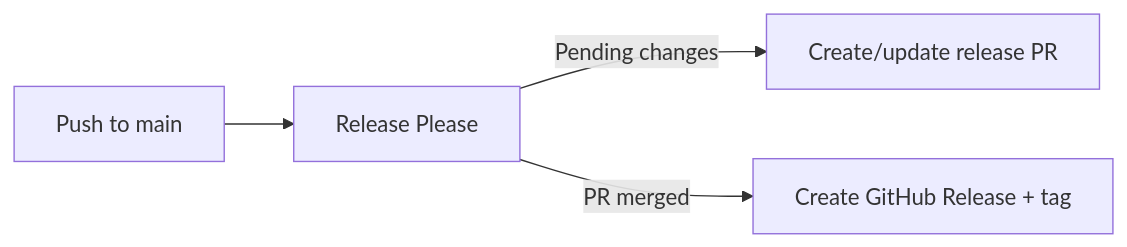
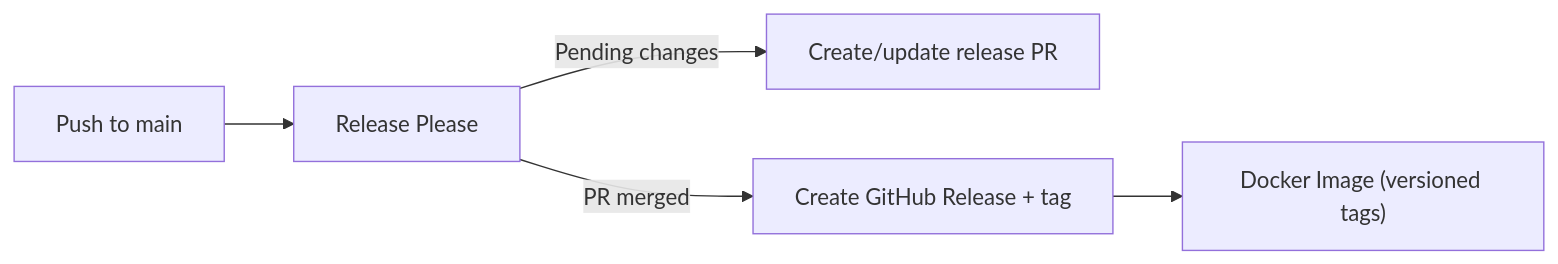
One commit to Kurrawong/prez-lite changed the fifth of 12 diagrams in docs/5-technical/ci-cd-workflows.md. Above: the diagram before and after it, drawn with Mermaid. The commit also changed other lines of this file and 17 other files, not shown here.

First line of the commit message:
feat: docker image, compose file and ghcr publish workflow

````diff
--- a/docs/5-technical/ci-cd-workflows.md
+++ b/docs/5-technical/ci-cd-workflows.md
@@ -106,6 +109,7 @@
 ```mermaid
 flowchart LR
   push["Push to main"] --> rp["Release Please"]
   rp -->|"Pending changes"| pr["Create/update release PR"]
   rp -->|"PR merged"| release["Create GitHub Release + tag"]
+  release --> docker["Docker Image (versioned tags)"]
 ```
````
